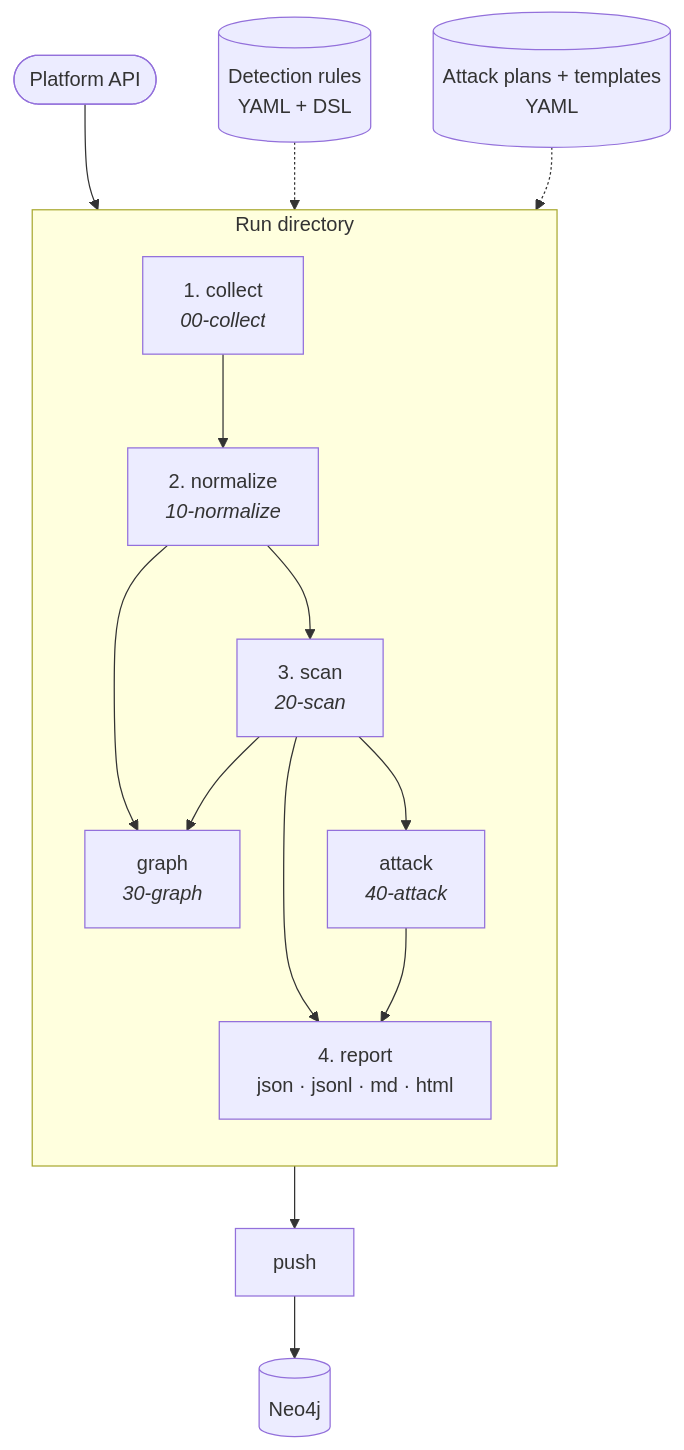
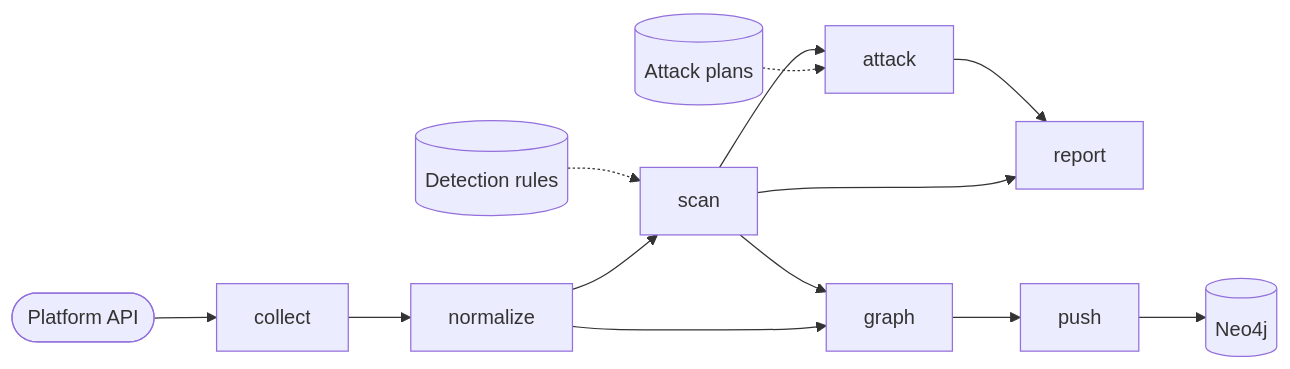
One commit to praetorian-inc/trajan changed the diagram in README.md. Above: the diagram before and after it, drawn with Mermaid. The commit also changed other lines of this file, not shown here.

First line of the commit message:
docs: tighten README credentials table and architecture diagram

````diff
--- a/README.md
+++ b/README.md
@@ -196,20 +177,16 @@
 ```mermaid
-flowchart TB
-  API([Platform API]) --> Collect
+flowchart LR
+  API([Platform API]) --> Collect[collect]
+  Collect --> Normalize[normalize]
+  Normalize --> Scan[scan]
+  Scan --> Report[report]
 
-  subgraph pipeline["Run directory"]
-    direction TB
-    Collect["1. collect<br/><i>00-collect</i>"] --> Normalize["2. normalize<br/><i>10-normalize</i>"]
-    Normalize --> Scan["3. scan<br/><i>20-scan</i>"]
-    Scan --> Report["4. report<br/>json · jsonl · md · html"]
+  Rules[(Detection rules)] -.-> Scan
+  Plans[(Attack plans)] -.-> Attack
 
-    Normalize --> Graph["graph<br/><i>30-graph</i>"]
-    Scan --> Graph
-    Scan --> Attack["attack<br/><i>40-attack</i>"]
-    Attack --> Report
-  end
-
-  Rules[(Detection rules<br/>YAML + DSL)] -.-> Scan
-  Plans[(Attack plans + templates<br/>YAML)] -.-> Attack
+  Normalize --> Graph[graph]
+  Scan --> Graph
+  Scan --> Attack[attack]
+  Attack --> Report
   Graph --> Push[push] --> Neo4j[(Neo4j)]
 ```
````
